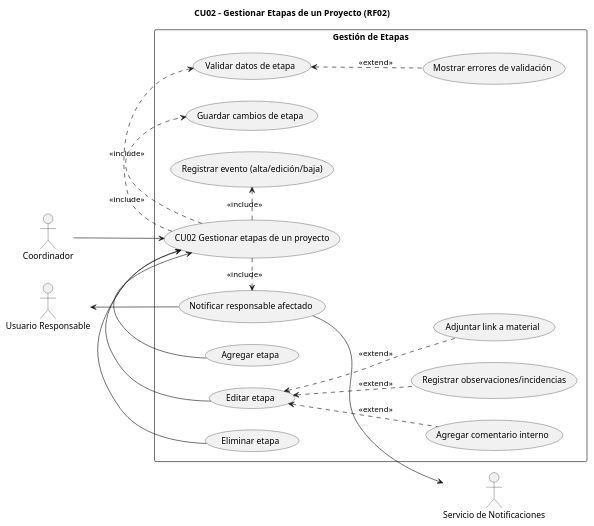
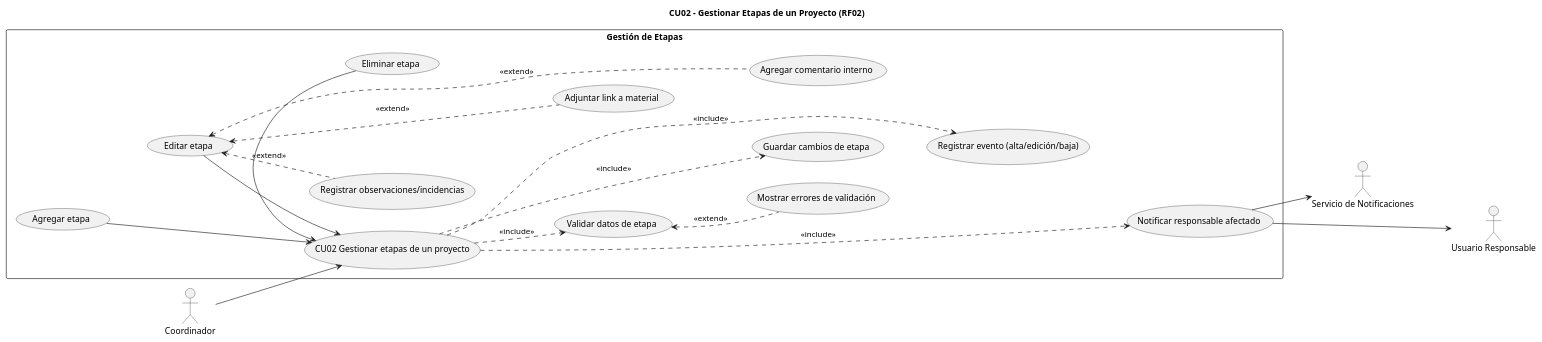
Before and after one commit to dantebiondi666-prog/SistemaProductoraVideos: the diagram in diagramas/02-casos-de-uso/02-caso-uso-gestionar-etapas-02.puml, drawn with PlantUML. The commit also changed 13 other files, not shown here.

Commit message:
correccion de estructura de flechas de los diagramas de caso de uso

```diff
--- a/diagramas/02-casos-de-uso/02-caso-uso-gestionar-etapas-02.puml
+++ b/diagramas/02-casos-de-uso/02-caso-uso-gestionar-etapas-02.puml
@@ -1,44 +1,61 @@
 @startuml Gestionar_Etapas_de_un_Proyecto
 title CU02 – Gestionar Etapas de un Proyecto (RF02)
 left to right direction
-
 
 actor Coordinador
 actor "Usuario Responsable" as Responsable
 actor "Servicio de Notificaciones" as Notif
 
 rectangle "Gestión de Etapas" {
   usecase "CU02 Gestionar etapas de un proyecto" as CU02
+
   usecase "Agregar etapa" as UC_Agregar
   usecase "Editar etapa"  as UC_Editar
   usecase "Eliminar etapa" as UC_Eliminar
   UC_Agregar -> CU02
   UC_Editar  -> CU02
   UC_Eliminar -> CU02
+
   usecase "Validar datos de etapa" as UC_Validar
   usecase "Guardar cambios de etapa" as UC_Guardar
   usecase "Registrar evento (alta/edición/baja)" as UC_Auditar
   usecase "Notificar responsable afectado" as UC_Notificar
   usecase "Mostrar errores de validación" as UC_Errores
+
   usecase "Registrar observaciones/incidencias" as UC_Obs
   usecase "Adjuntar link a material" as UC_Link
   usecase "Agregar comentario interno" as UC_Coment
+
+  ' --- Flechas ocultas para ordenar y evitar cruces ---
+  UC_Agregar -[hidden]-> UC_Editar
+  UC_Editar  -[hidden]-> UC_Eliminar
+
+  CU02 -[hidden]-> UC_Validar
+  UC_Validar -[hidden]-> UC_Guardar
+  UC_Guardar -[hidden]-> UC_Auditar
+  UC_Auditar -[hidden]-> UC_Notificar
+
+  UC_Errores -[hidden]-> UC_Validar
+
+  UC_Obs  -[hidden]-> UC_Link
+  UC_Link -[hidden]-> UC_Coment
 }
 
 Coordinador --> CU02
 UC_Notificar --> Notif
 Responsable <-- UC_Notificar
+
 CU02 .> UC_Validar  : <<include>>
 CU02 .> UC_Guardar  : <<include>>
 CU02 .> UC_Auditar  : <<include>>
 CU02 .> UC_Notificar: <<include>>
 
-UC_Validar <.. UC_Errores : <<extend>> 
-UC_Editar <.. UC_Obs   : <<extend>> 
-UC_Editar <.. UC_Link  : <<extend>> 
-UC_Editar <.. UC_Coment: <<extend>> 
+UC_Validar <.. UC_Errores : <<extend>>
+UC_Editar  <.. UC_Obs     : <<extend>>
+UC_Editar  <.. UC_Link    : <<extend>>
+UC_Editar  <.. UC_Coment  : <<extend>>
 
-
-
+' --- Flecha oculta extra para espaciar actores externos ---
+Notif -[hidden]-> Responsable
 
 @enduml
```
